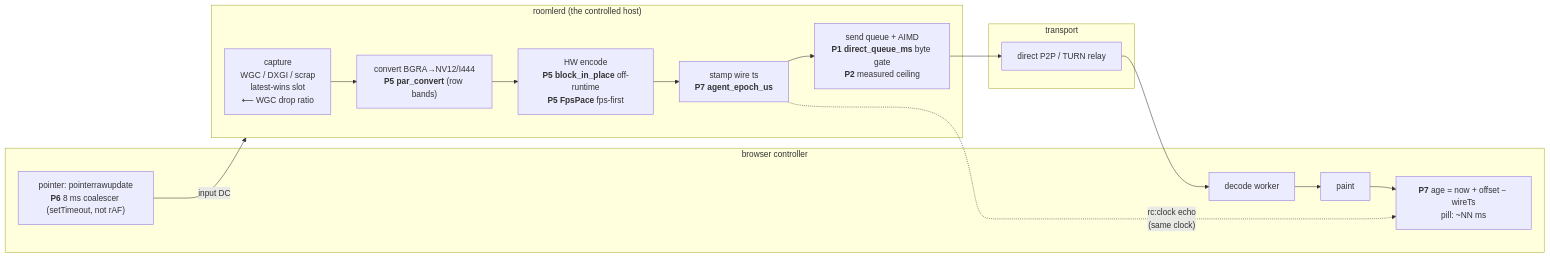
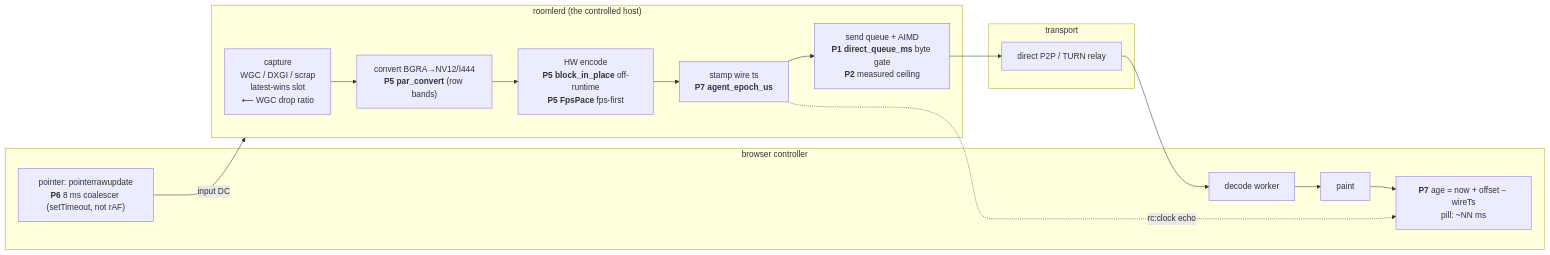
The diagram in docs/remote-desktop-latency.md (gjovanov/roomler-ai), drawn with Mermaid before and after one commit.

Commit message:
docs(fr-1): harden the mermaid dotted-edge label (canonical unquoted form for GitHub render)

````diff
--- a/docs/remote-desktop-latency.md
+++ b/docs/remote-desktop-latency.md
@@ -29,22 +29,22 @@
 ```mermaid
 flowchart LR
     subgraph agent["roomlerd (the controlled host)"]
         CAP["capture<br/>WGC / DXGI / scrap<br/>latest-wins slot<br/>⟵ WGC drop ratio"]
         CONV["convert BGRA→NV12/I444<br/><b>P5 par_convert</b> (row bands)"]
         ENC["HW encode<br/><b>P5 block_in_place</b> off-runtime<br/><b>P5 FpsPace</b> fps-first"]
         STAMP["stamp wire ts<br/><b>P7 agent_epoch_us</b>"]
         Q["send queue + AIMD<br/><b>P1 direct_queue_ms</b> byte gate<br/><b>P2</b> measured ceiling"]
     end
     subgraph wire["transport"]
         NET["direct P2P / TURN relay"]
     end
     subgraph viewer["browser controller"]
         DEC["decode worker"]
         PAINT["paint"]
         AGE["<b>P7</b> age = now + offset − wireTs<br/>pill: ~NN ms"]
         PTR["pointer: pointerrawupdate<br/><b>P6</b> 8 ms coalescer (setTimeout, not rAF)"]
     end
     CAP --> CONV --> ENC --> STAMP --> Q --> NET --> DEC --> PAINT --> AGE
     PTR -->|input DC| agent
-    STAMP -. "rc:clock echo<br/>(same clock)" .-> AGE
+    STAMP -. rc:clock echo .-> AGE
 ```
````
